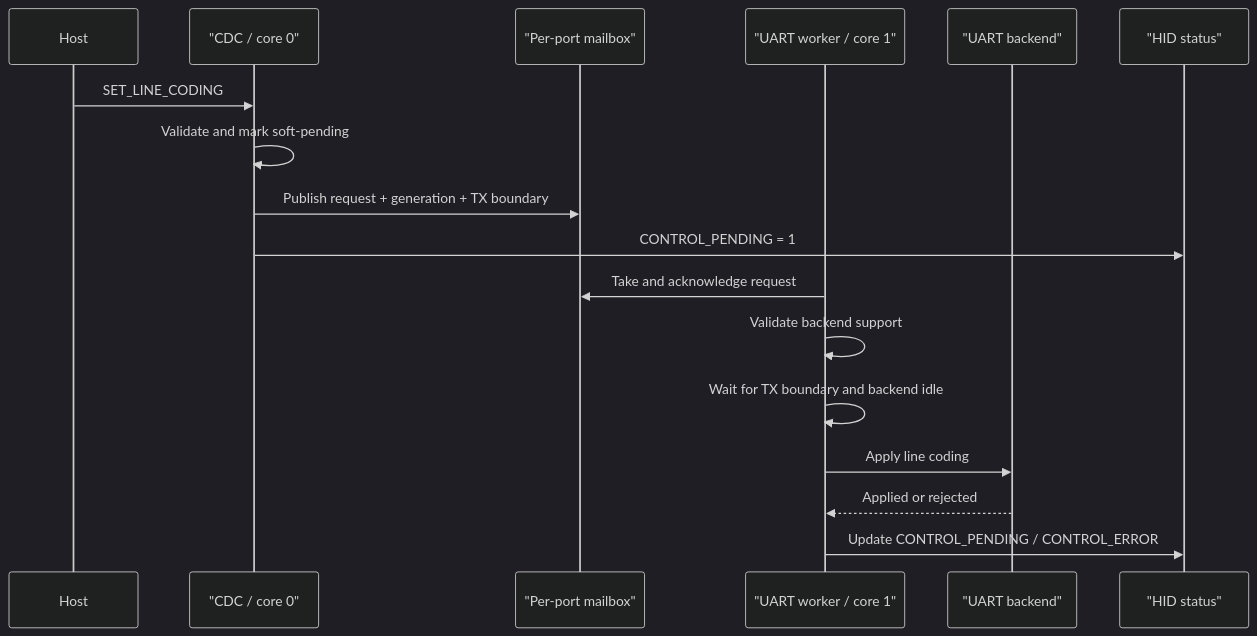
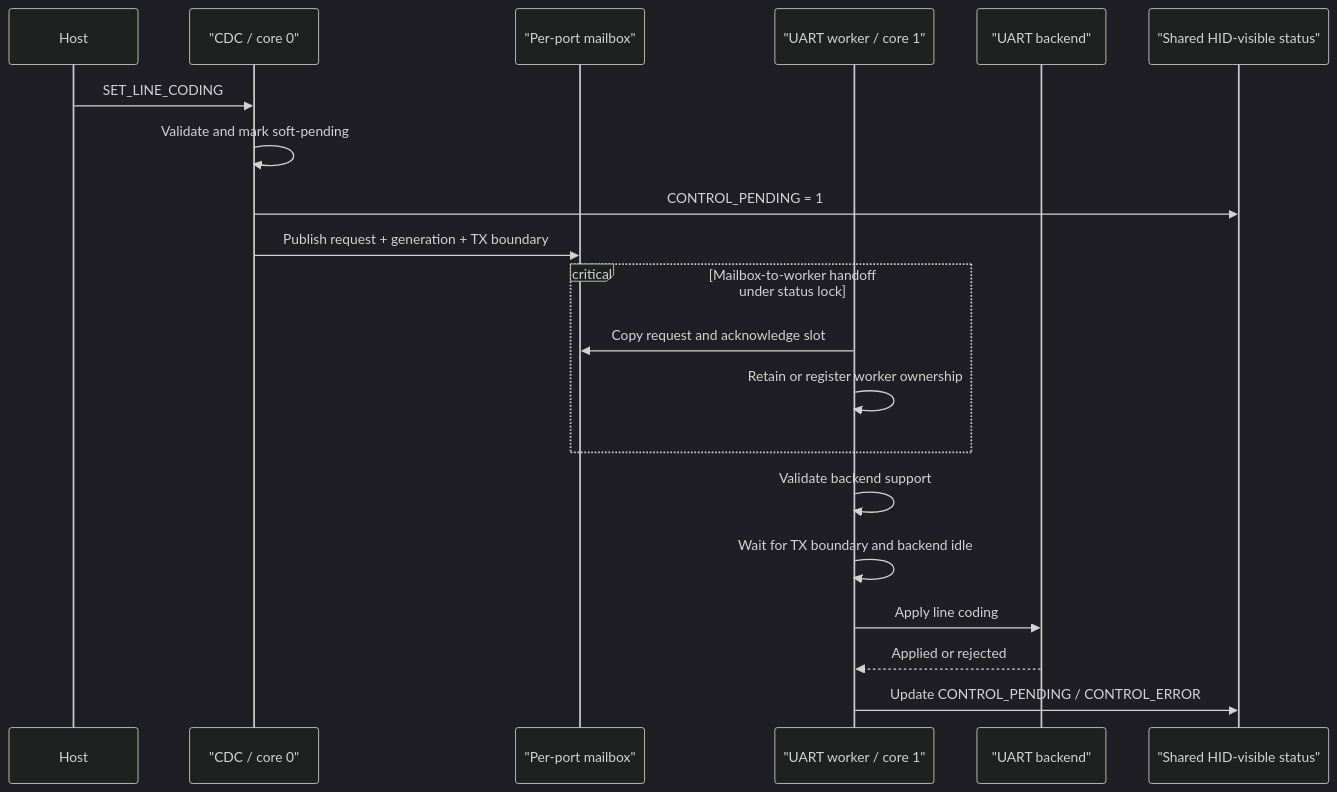
One commit to djwinter29-oss/PicoUart changed the diagram in docs/design/control-plane-design.md. Above: the diagram before and after it, drawn with Mermaid (dark theme). The commit also changed other lines of this file and 85 other files, not shown here.

````diff
--- a/docs/design/control-plane-design.md
+++ b/docs/design/control-plane-design.md
@@ -26,20 +28,23 @@
 ```mermaid
 sequenceDiagram
   participant Host
   participant USB as "CDC / core 0"
   participant Mailbox as "Per-port mailbox"
   participant Worker as "UART worker / core 1"
   participant Backend as "UART backend"
-  participant HID as "HID status"
+  participant HID as "Shared HID-visible status"
 
   Host->>USB: SET_LINE_CODING
   USB->>USB: Validate and mark soft-pending
+  USB->>HID: CONTROL_PENDING = 1
   USB->>Mailbox: Publish request + generation + TX boundary
-  USB->>HID: CONTROL_PENDING = 1
-  Worker->>Mailbox: Take and acknowledge request
+  critical Mailbox-to-worker handoff under status lock
+    Worker->>Mailbox: Copy request and acknowledge slot
+    Worker->>Worker: Retain or register worker ownership
+  end
   Worker->>Worker: Validate backend support
   Worker->>Worker: Wait for TX boundary and backend idle
   Worker->>Backend: Apply line coding
   Backend-->>Worker: Applied or rejected
   Worker->>HID: Update CONTROL_PENDING / CONTROL_ERROR
 ```
````
